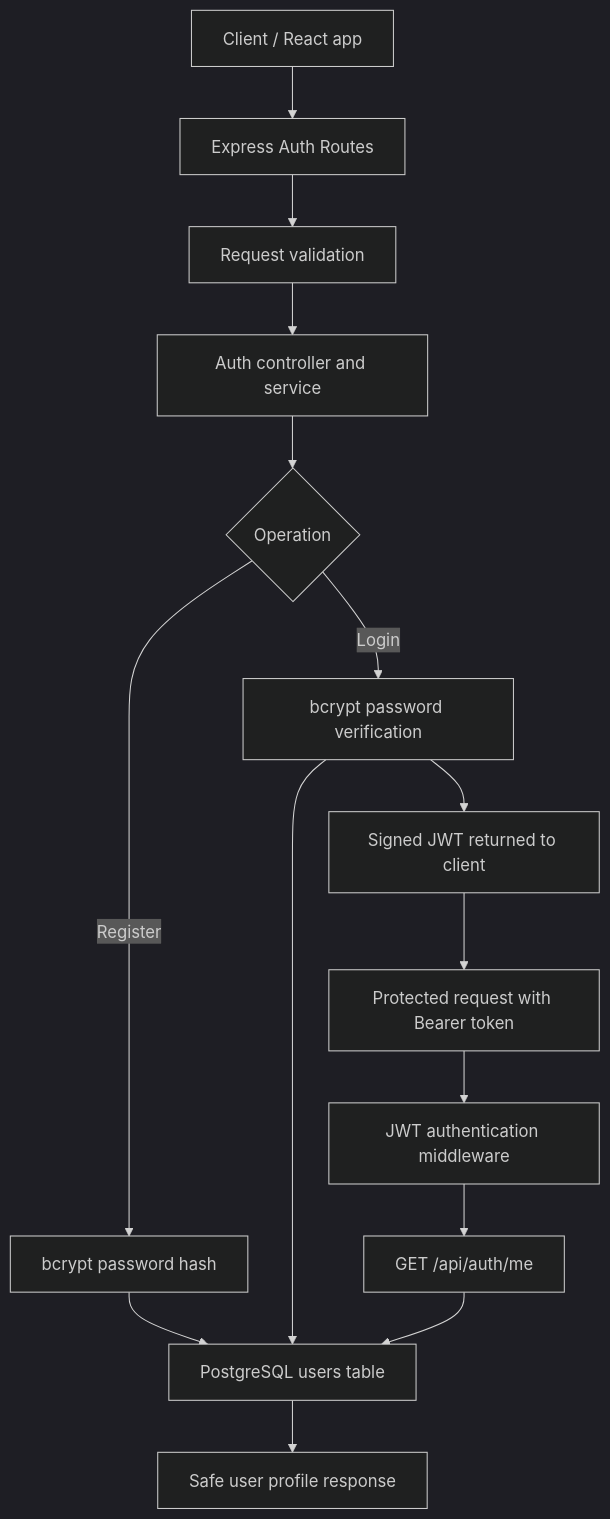
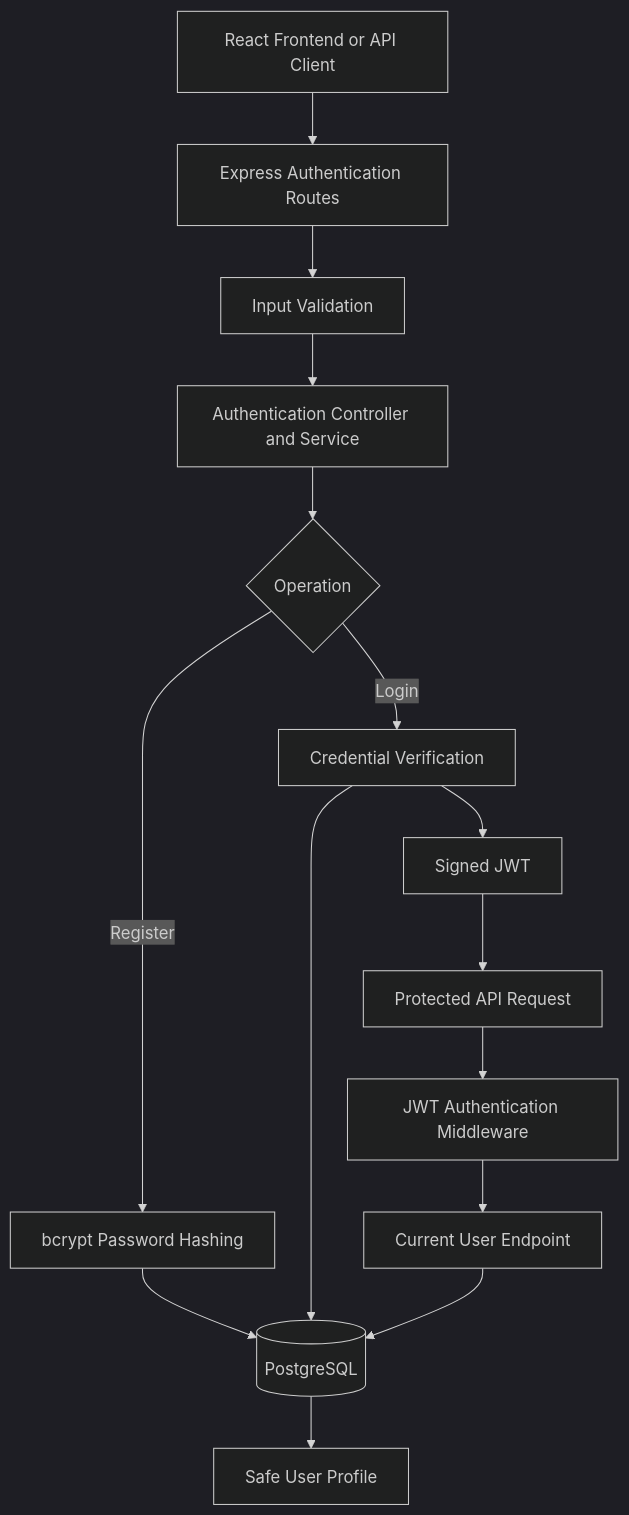
Before and after one commit to vishwajeethshikari/project-management-saas: the diagram in backend/README.md, drawn with Mermaid (dark theme). The commit also changed other lines of this file, not shown here.

First line of the commit message:
Revise README for Express API Backend

````diff
--- a/backend/README.md
+++ b/backend/README.md
@@ -39,17 +55,17 @@
 ```mermaid
 flowchart TD
-    A[Client / React app] --> B[Express Auth Routes]
-    B --> C[Request validation]
-    C --> D[Auth controller and service]
+    A[React Frontend or API Client] --> B[Express Authentication Routes]
+    B --> C[Input Validation]
+    C --> D[Authentication Controller and Service]
     D --> E{Operation}
-    E -->|Register| F[bcrypt password hash]
-    E -->|Login| G[bcrypt password verification]
-    F --> H[PostgreSQL users table]
+    E -->|Register| F[bcrypt Password Hashing]
+    E -->|Login| G[Credential Verification]
+    F --> H[(PostgreSQL)]
     G --> H
-    G --> I[Signed JWT returned to client]
-    I --> J[Protected request with Bearer token]
-    J --> K[JWT authentication middleware]
-    K --> L[GET /api/auth/me]
+    G --> I[Signed JWT]
+    I --> J[Protected API Request]
+    J --> K[JWT Authentication Middleware]
+    K --> L[Current User Endpoint]
     L --> H
-    H --> M[Safe user profile response]
+    H --> M[Safe User Profile]
 ```
````
